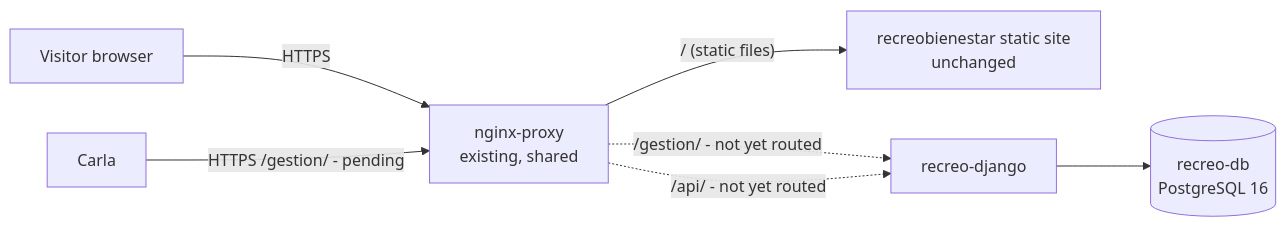
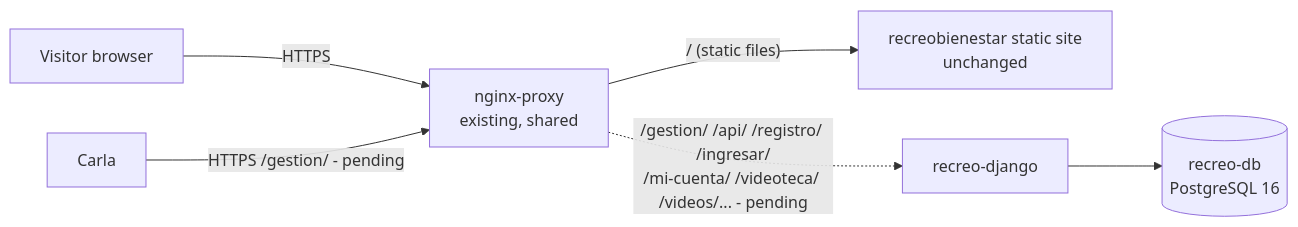
One commit to hokuto06/recreobienestar changed the first of 6 diagrams in backend/ARCHITECTURE.md. Above: the diagram before and after it, drawn with Mermaid. The commit also changed other lines of this file and 63 other files, not shown here.

````diff
--- a/backend/ARCHITECTURE.md
+++ b/backend/ARCHITECTURE.md
@@ -16,9 +19,8 @@
 ```mermaid
 flowchart LR
-    User[Visitor browser] -->|HTTPS| NGINX[nginx-proxy\nexisting, shared]
+    Visitor[Visitor browser] -->|HTTPS| NGINX[nginx-proxy\nexisting, shared]
     Carla[Carla] -->|HTTPS /gestion/ - pending| NGINX
     NGINX -->|"/ (static files)"| Static[recreobienestar static site\nunchanged]
-    NGINX -.->|"/gestion/ - not yet routed"| Django[recreo-django]
-    NGINX -.->|"/api/ - not yet routed"| Django
+    NGINX -.->|"/gestion/ /api/ /registro/ /ingresar/\n/mi-cuenta/ /videoteca/ /videos/... - pending"| Django[recreo-django]
     Django --> DB[(recreo-db\nPostgreSQL 16)]
 ```
````
